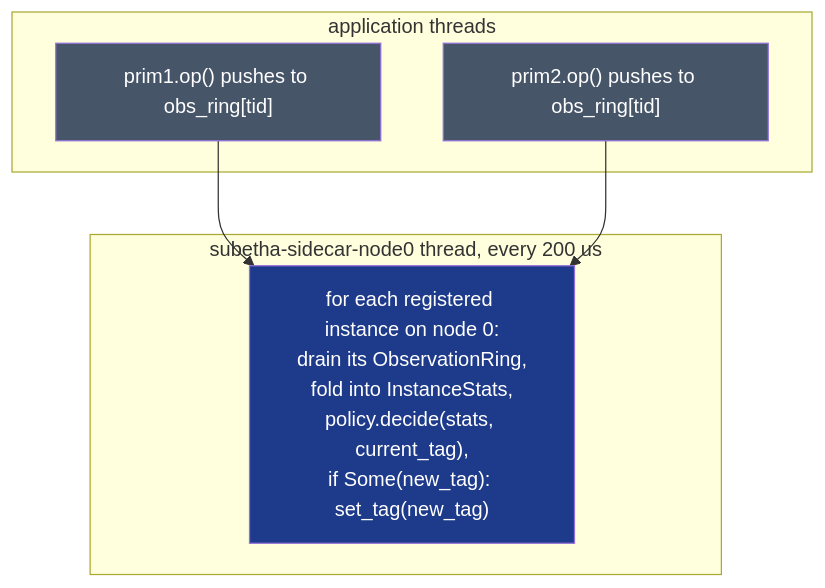
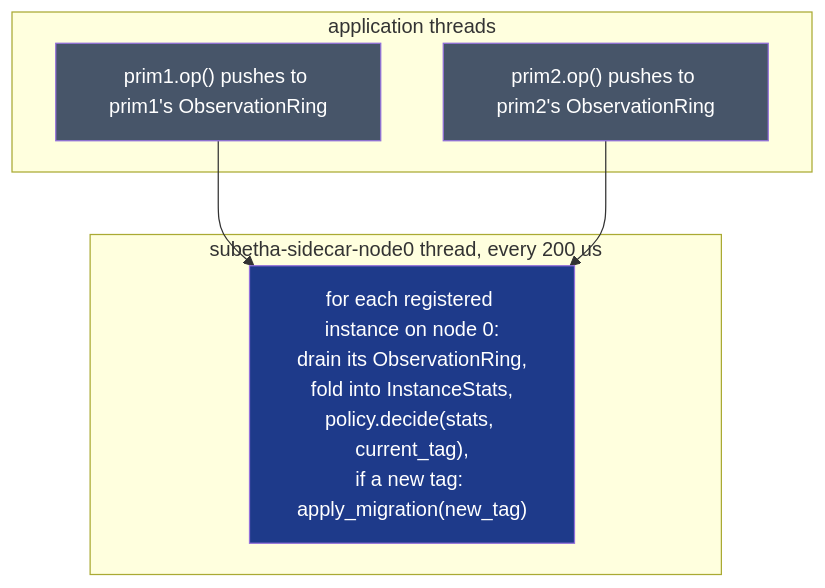
The diagram in wiki/content/docs/reference/subetha-sidecar/_index.md (Variably-Constant/SubEtha), drawn with Mermaid before and after one commit. The commit also changed other lines of this file and 471 other files, not shown here.

````diff
--- a/wiki/content/docs/reference/subetha-sidecar/_index.md
+++ b/wiki/content/docs/reference/subetha-sidecar/_index.md
@@ -30,16 +30,16 @@
 ```mermaid
 flowchart TB
     subgraph APP["application threads"]
-        P1["prim1.op() pushes to obs_ring[tid]"]
-        P2["prim2.op() pushes to obs_ring[tid]"]
+        P1["prim1.op() pushes to prim1's ObservationRing"]
+        P2["prim2.op() pushes to prim2's ObservationRing"]
     end
     subgraph SC["subetha-sidecar-node0 thread, every 200 us"]
-        D["for each registered instance on node 0:<br/>drain its ObservationRing,<br/>fold into InstanceStats,<br/>policy.decide(stats, current_tag),<br/>if Some(new_tag): set_tag(new_tag)"]
+        D["for each registered instance on node 0:<br/>drain its ObservationRing,<br/>fold into InstanceStats,<br/>policy.decide(stats, current_tag),<br/>if a new tag: apply_migration(new_tag)"]
     end
     P1 --> D
     P2 --> D
     classDef appC fill:#475569,color:#ffffff
     classDef scanC fill:#1e3a8a,color:#ffffff
     class P1,P2 appC
     class D scanC
 ```
````
